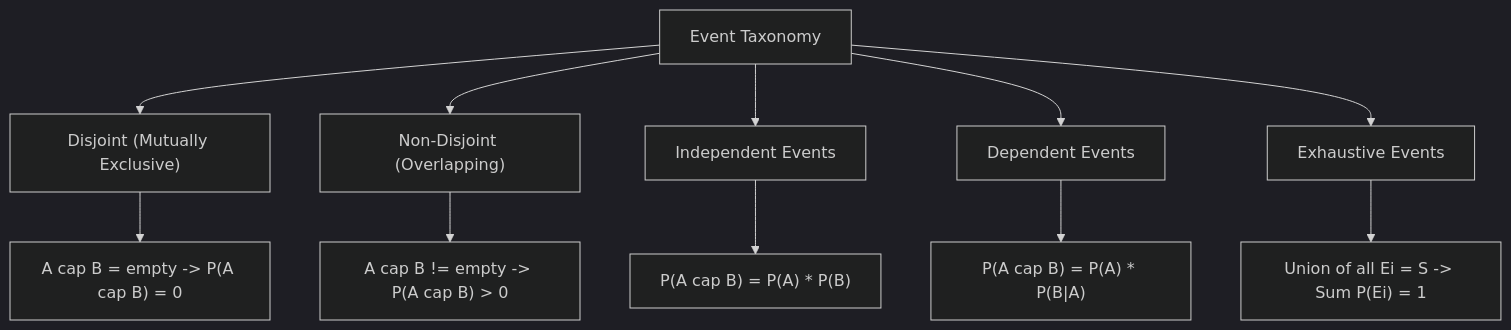
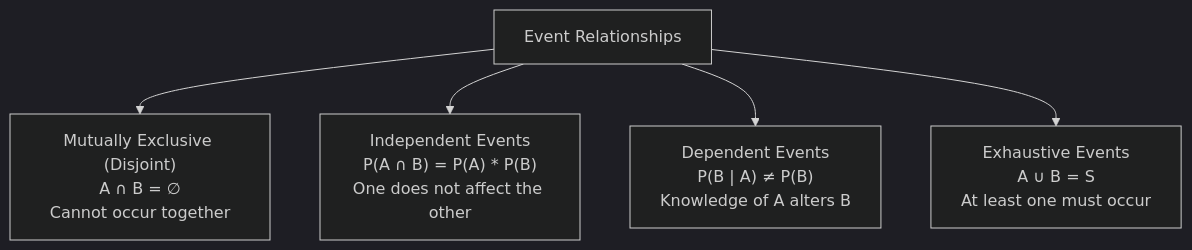
Before and after one commit to S1h2i3v4a/AI_ML: the diagram in lecture_20/Notes_20.05/README.md, drawn with Mermaid (dark theme). The commit also changed other lines of this file and 203 other files, not shown here.

Commit message:
docs(lectures 19-21): align notes with video lectures, add blackboard diagrams, clean structured functions, and compile vector PDFs

````diff
--- a/lecture_20/Notes_20.05/README.md
+++ b/lecture_20/Notes_20.05/README.md
@@ -15,13 +10,7 @@
 ```mermaid
 flowchart TD
-    A["Event Taxonomy"] --> B["Disjoint (Mutually Exclusive)"]
-    A --> C["Non-Disjoint (Overlapping)"]
-    A --> D["Independent Events"]
-    A --> E["Dependent Events"]
-    A --> F["Exhaustive Events"]
-    B --> G["A cap B = empty -> P(A cap B) = 0"]
-    C --> H["A cap B != empty -> P(A cap B) > 0"]
-    D --> I["P(A cap B) = P(A) * P(B)"]
-    E --> J["P(A cap B) = P(A) * P(B|A)"]
-    F --> K["Union of all Ei = S -> Sum P(Ei) = 1"]
+    Events["Event Relationships"] --> ME["Mutually Exclusive (Disjoint)<br/>A ∩ B = ∅<br/>Cannot occur together"]
+    Events --> Ind["Independent Events<br/>P(A ∩ B) = P(A) * P(B)<br/>One does not affect the other"]
+    Events --> Dep["Dependent Events<br/>P(B | A) ≠ P(B)<br/>Knowledge of A alters B"]
+    Events --> Exh["Exhaustive Events<br/>A ∪ B = S<br/>At least one must occur"]
 ```
````
